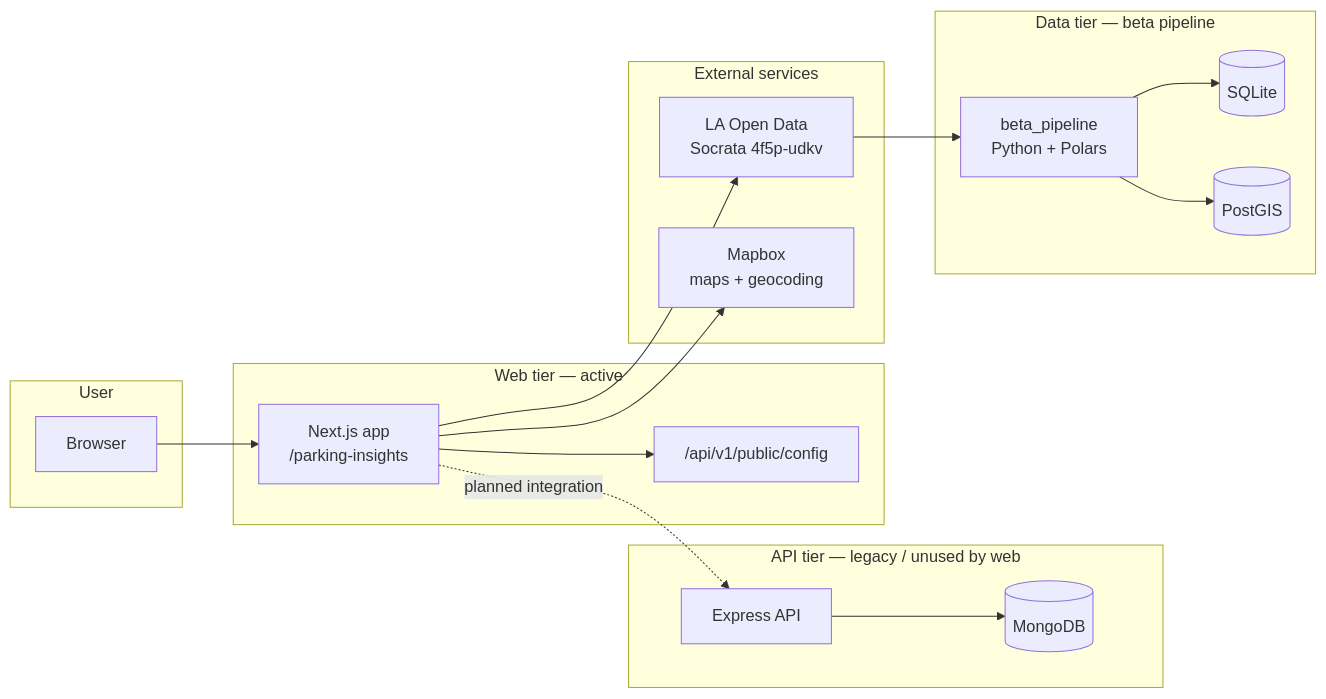
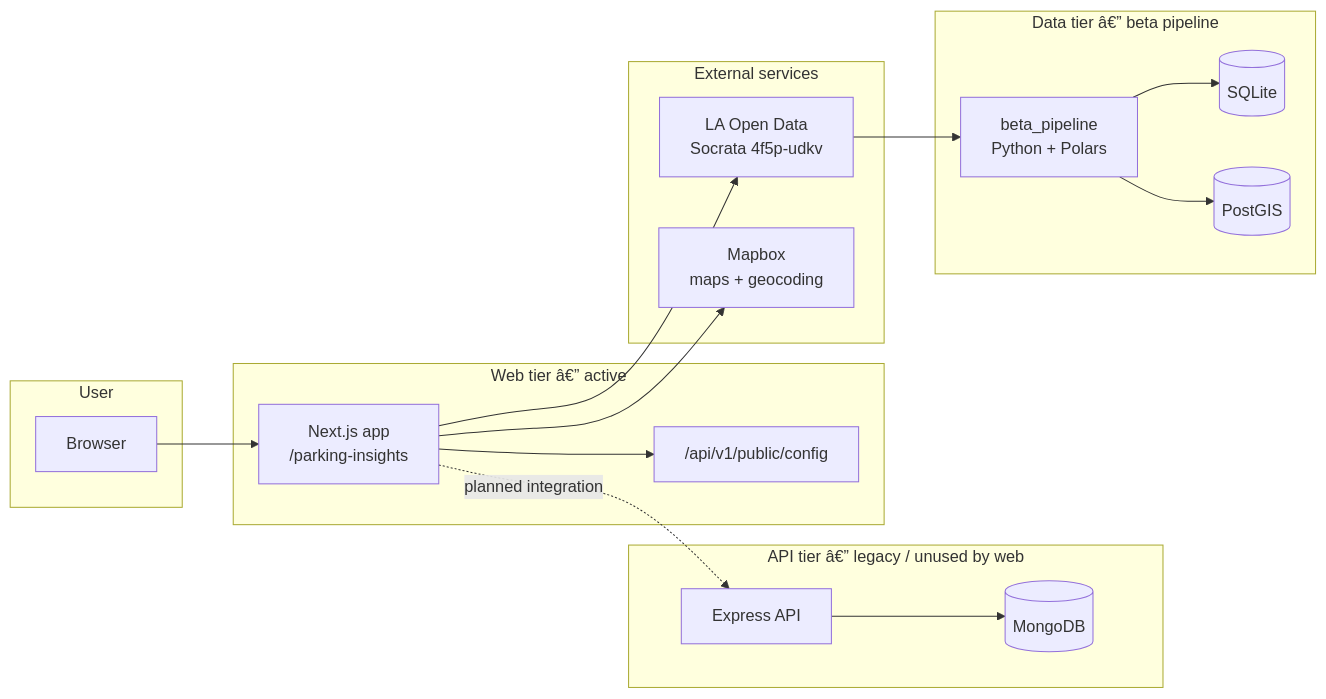
Before and after one commit to gregpawin/lucky-parking: the first of 2 diagrams in docs/01-overview.md, drawn with Mermaid. The commit also changed other lines of this file and 199 other files, not shown here.

````diff
--- a/docs/01-overview.md
+++ b/docs/01-overview.md
@@ -26,39 +28,39 @@
 ```mermaid
 flowchart LR
     subgraph user [User]
         Browser[Browser]
     end
 
-    subgraph web [Web tier — active]
+    subgraph web [Web tier â€” active]
         Next["Next.js app<br/>/parking-insights"]
         Config["/api/v1/public/config"]
     end
 
     subgraph external [External services]
         Socrata["LA Open Data<br/>Socrata 4f5p-udkv"]
         Mapbox["Mapbox<br/>maps + geocoding"]
     end
 
-    subgraph api [API tier — legacy / unused by web]
+    subgraph api [API tier â€” legacy / unused by web]
         Express["Express API"]
         MongoDB[(MongoDB)]
     end
 
-    subgraph data [Data tier — beta pipeline]
+    subgraph data [Data tier â€” beta pipeline]
         Pipeline["beta_pipeline<br/>Python + Polars"]
         SQLite[(SQLite)]
         PostGIS[(PostGIS)]
     end
 
     Browser --> Next
     Next --> Config
     Next --> Socrata
     Next --> Mapbox
 
     Express --> MongoDB
     Socrata --> Pipeline
     Pipeline --> SQLite
     Pipeline --> PostGIS
 
     Next -.->|"planned integration"| Express
 ```
````
